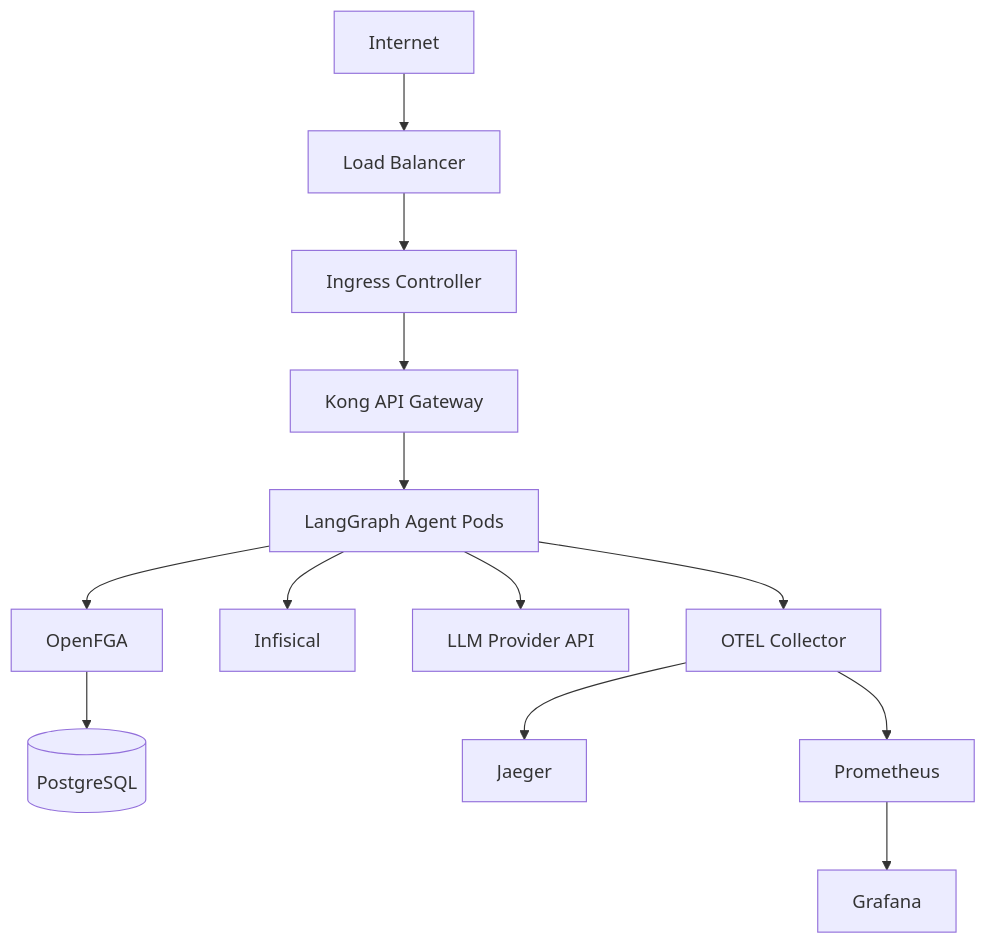
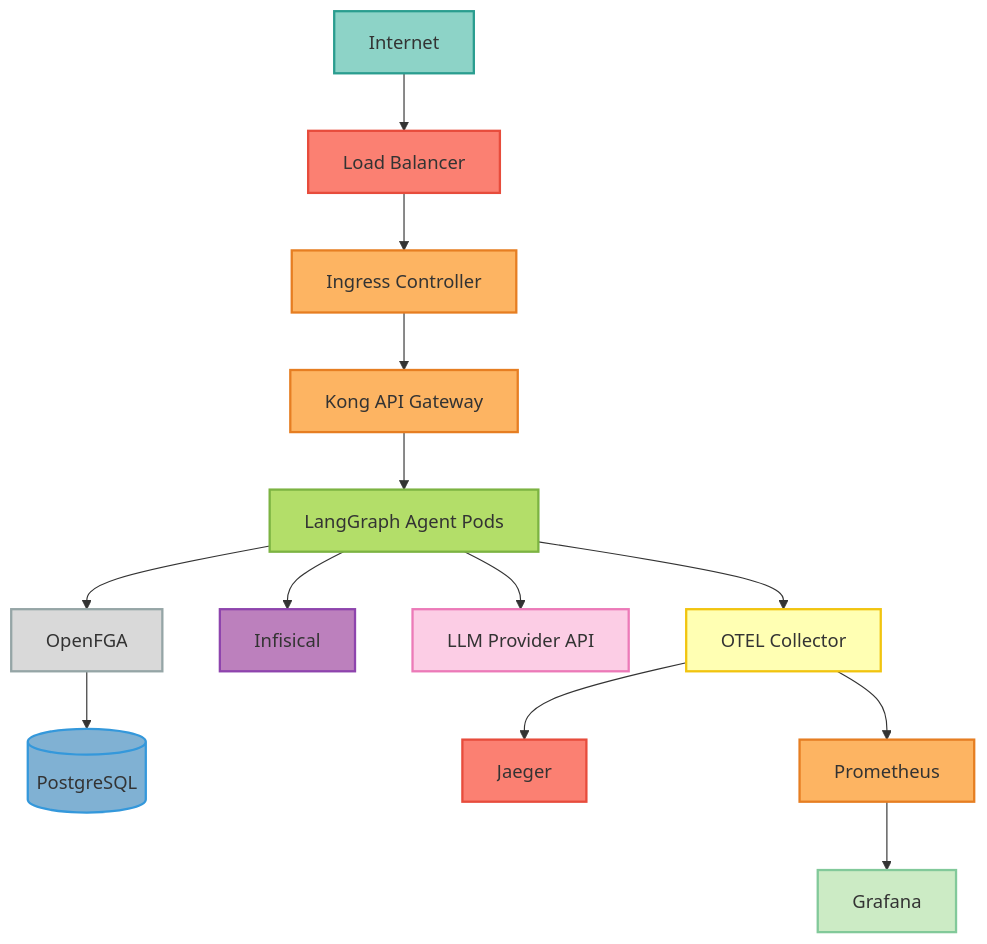
Before and after one commit to vishnu2kmohan/mcp-server-langgraph: the diagram in docs/deployment/overview.mdx, drawn with Mermaid. The commit also changed 6 other files, not shown here.

First line of the commit message:
style: ensure unique colors for distinct node types across all diagrams

````diff
--- a/docs/deployment/overview.mdx
+++ b/docs/deployment/overview.mdx
@@ -78,15 +78,42 @@
 ```mermaid
 graph TB
     Internet[Internet] --> LB[Load Balancer]
     LB --> Ingress[Ingress Controller]
     Ingress --> Kong[Kong API Gateway]
     Kong --> Agent[LangGraph Agent Pods]
     Agent --> OpenFGA[OpenFGA]
     Agent --> Infisical[Infisical]
     Agent --> LLM[LLM Provider API]
     OpenFGA --> Postgres[(PostgreSQL)]
     Agent --> OTEL[OTEL Collector]
     OTEL --> Jaeger[Jaeger]
     OTEL --> Prom[Prometheus]
     Prom --> Grafana[Grafana]
+
+    %% ColorBrewer2 Set3 palette - each component type uniquely colored
+    classDef externalStyle fill:#8dd3c7,stroke:#2a9d8f,stroke-width:2px,color:#333
+    classDef lbStyle fill:#fb8072,stroke:#e74c3c,stroke-width:2px,color:#333
+    classDef ingressStyle fill:#fdb462,stroke:#e67e22,stroke-width:2px,color:#333
+    classDef agentStyle fill:#b3de69,stroke:#7cb342,stroke-width:2px,color:#333
+    classDef authzStyle fill:#d9d9d9,stroke:#95a5a6,stroke-width:2px,color:#333
+    classDef secretsStyle fill:#bc80bd,stroke:#8e44ad,stroke-width:2px,color:#333
+    classDef llmStyle fill:#fccde5,stroke:#ec7ab8,stroke-width:2px,color:#333
+    classDef dataStyle fill:#80b1d3,stroke:#3498db,stroke-width:2px,color:#333
+    classDef otelStyle fill:#ffffb3,stroke:#f1c40f,stroke-width:2px,color:#333
+    classDef tracingStyle fill:#fb8072,stroke:#e74c3c,stroke-width:2px,color:#333
+    classDef metricsStyle fill:#fdb462,stroke:#e67e22,stroke-width:2px,color:#333
+    classDef dashStyle fill:#ccebc5,stroke:#82c99a,stroke-width:2px,color:#333
+
+    class Internet externalStyle
+    class LB lbStyle
+    class Ingress,Kong ingressStyle
+    class Agent agentStyle
+    class OpenFGA authzStyle
+    class Infisical secretsStyle
+    class LLM llmStyle
+    class Postgres dataStyle
+    class OTEL otelStyle
+    class Jaeger tracingStyle
+    class Prom metricsStyle
+    class Grafana dashStyle
 ```
````
